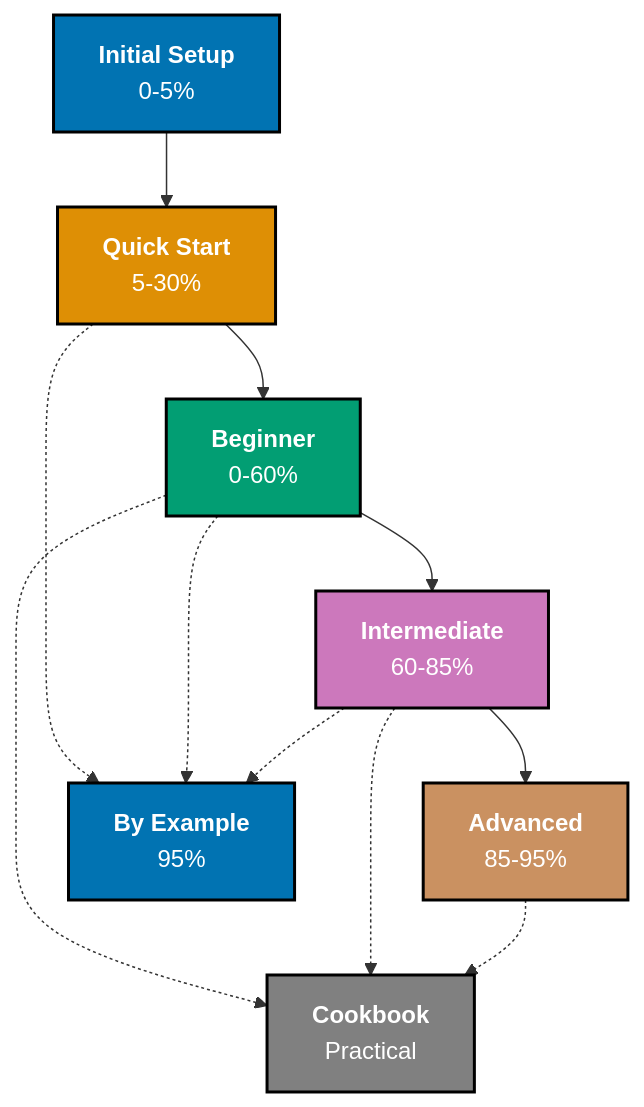
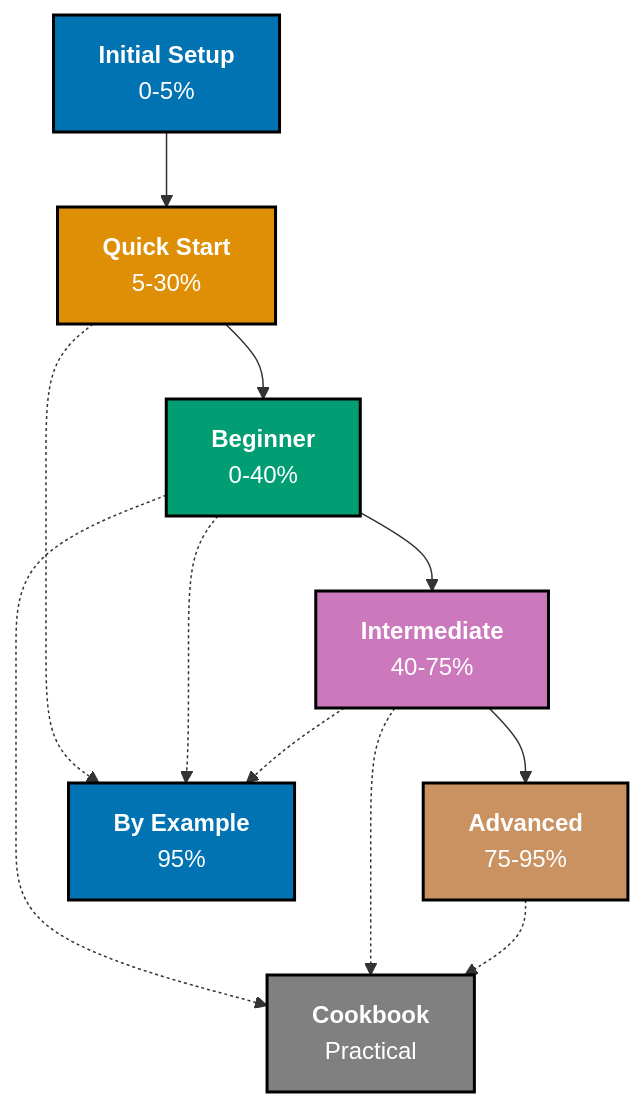
Before and after one commit to wahidyankf/open-sharia-enterprise: the first of 2 diagrams in governance/conventions/tutorial/naming.md, drawn with Mermaid.

Commit message:
docs(convention): fix tutorial coverage diagram in naming.md
Update tutorial type diagram to show correct coverage percentages:
- Beginner: 0-60% → 0-40%
- Intermediate: 60-85% → 40-75%
- Advanced: 85-95% → 75-95%

Aligns with previous fix (027477fa) that standardized coverage across
by-concept and by-example tutorials.

````diff
--- a/governance/conventions/tutorial/naming.md
+++ b/governance/conventions/tutorial/naming.md
@@ -59,32 +59,32 @@
 ```mermaid
 %% Color palette: Blue #0173B2, Orange #DE8F05, Teal #029E73, Purple #CC78BC, Brown #CA9161
 graph TB
  A["<b>Initial Setup</b><br/>0-5%"]
  B["<b>Quick Start</b><br/>5-30%"]
- C["<b>Beginner</b><br/>0-60%"]
- D["<b>Intermediate</b><br/>60-85%"]
- E["<b>Advanced</b><br/>85-95%"]
+ C["<b>Beginner</b><br/>0-40%"]
+ D["<b>Intermediate</b><br/>40-75%"]
+ E["<b>Advanced</b><br/>75-95%"]
  F["<b>Cookbook</b><br/>Practical"]
  G["<b>By Example</b><br/>95%"]
 
  A --> B
  B --> C
  C --> D
  D --> E
 
  C -.-> F
  D -.-> F
  E -.-> F
 
  B -.-> G
  C -.-> G
  D -.-> G
 
  style A fill:#0173B2,stroke:#000000,color:#FFFFFF,stroke-width:2px
  style B fill:#DE8F05,stroke:#000000,color:#FFFFFF,stroke-width:2px
  style C fill:#029E73,stroke:#000000,color:#FFFFFF,stroke-width:2px
  style D fill:#CC78BC,stroke:#000000,color:#FFFFFF,stroke-width:2px
  style E fill:#CA9161,stroke:#000000,color:#FFFFFF,stroke-width:2px
  style F fill:#808080,stroke:#000000,color:#FFFFFF,stroke-width:2px
  style G fill:#0173B2,stroke:#000000,color:#FFFFFF,stroke-width:2px
 ```
````
